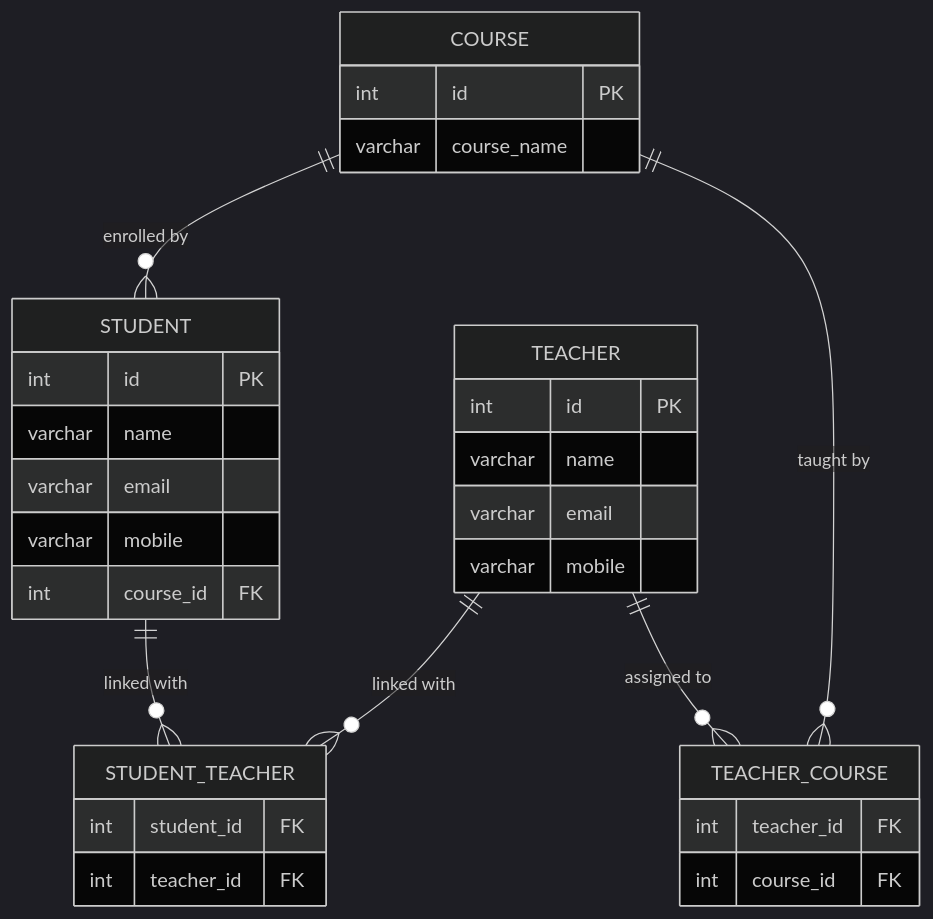
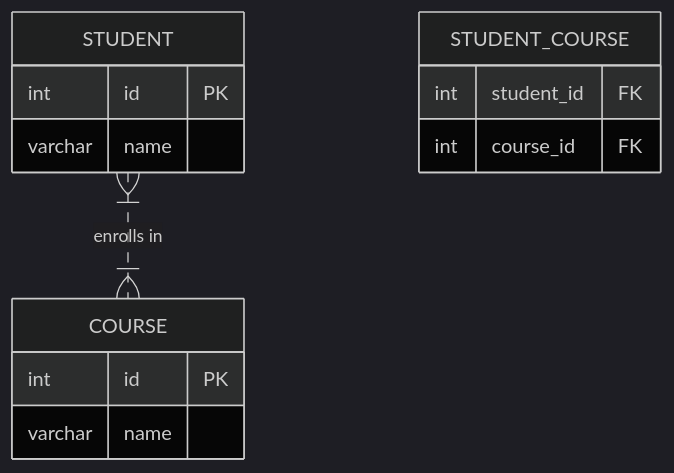
One commit to shiva-srivastav/sql-database changed the third of 3 diagrams in college_database.md. Above: the diagram before and after it, drawn with Mermaid (dark theme). The commit also changed other lines of this file, not shown here.

````diff
--- a/college_database.md
+++ b/college_database.md
@@ -104,38 +169,16 @@
 ```mermaid
 erDiagram
+    STUDENT }|..|{ COURSE : "enrolls in"
     STUDENT {
         int id PK
         varchar name
-        varchar email
-        varchar mobile
+    }
+    COURSE {
+        int id PK
+        varchar name
+    }
+    STUDENT_COURSE {
+        int student_id FK
         int course_id FK
     }
-
-    TEACHER {
-        int id PK
-        varchar name
-        varchar email
-        varchar mobile
-    }
-
-    COURSE {
-        int id PK
-        varchar course_name
-    }
-
-    STUDENT_TEACHER {
-        int student_id FK
-        int teacher_id FK
-    }
-
-    TEACHER_COURSE {
-        int teacher_id FK
-        int course_id FK
-    }
-
-    COURSE ||--o{ STUDENT : "enrolled by"
-    STUDENT ||--o{ STUDENT_TEACHER : "linked with"
-    TEACHER ||--o{ STUDENT_TEACHER : "linked with"
-    TEACHER ||--o{ TEACHER_COURSE : "assigned to"
-    COURSE ||--o{ TEACHER_COURSE : "taught by"
 ```
````
